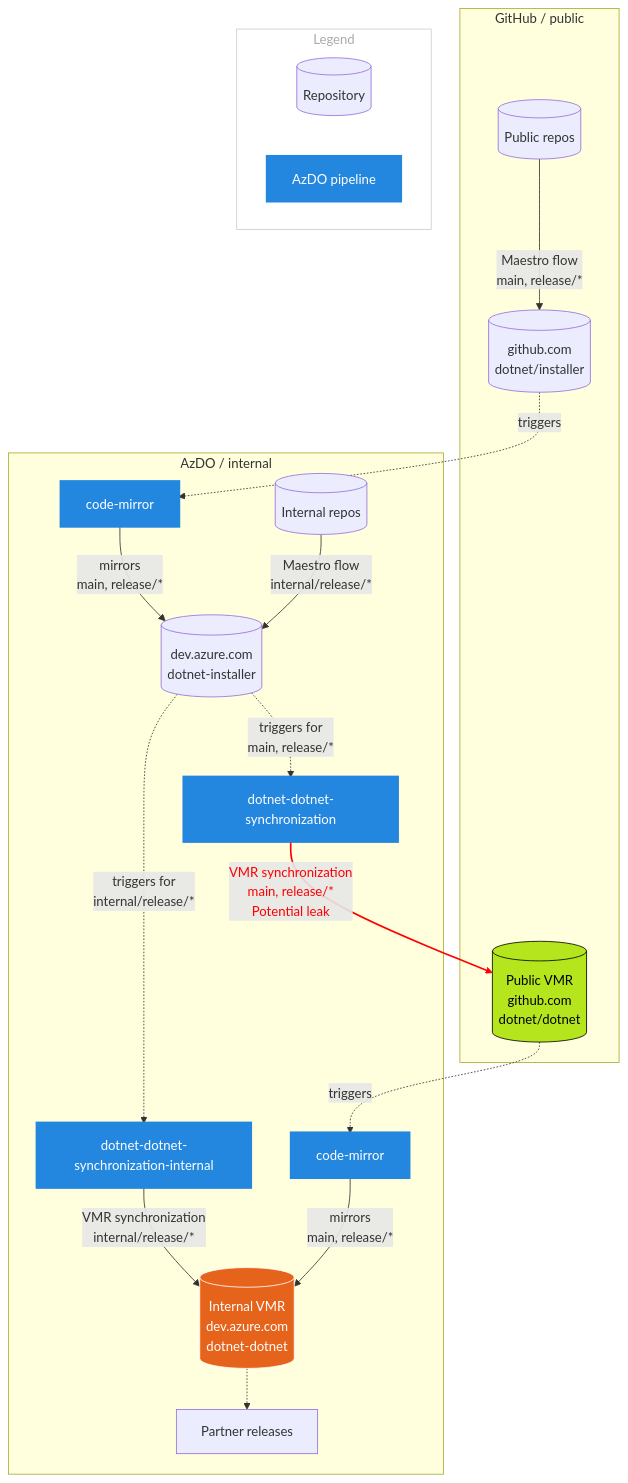
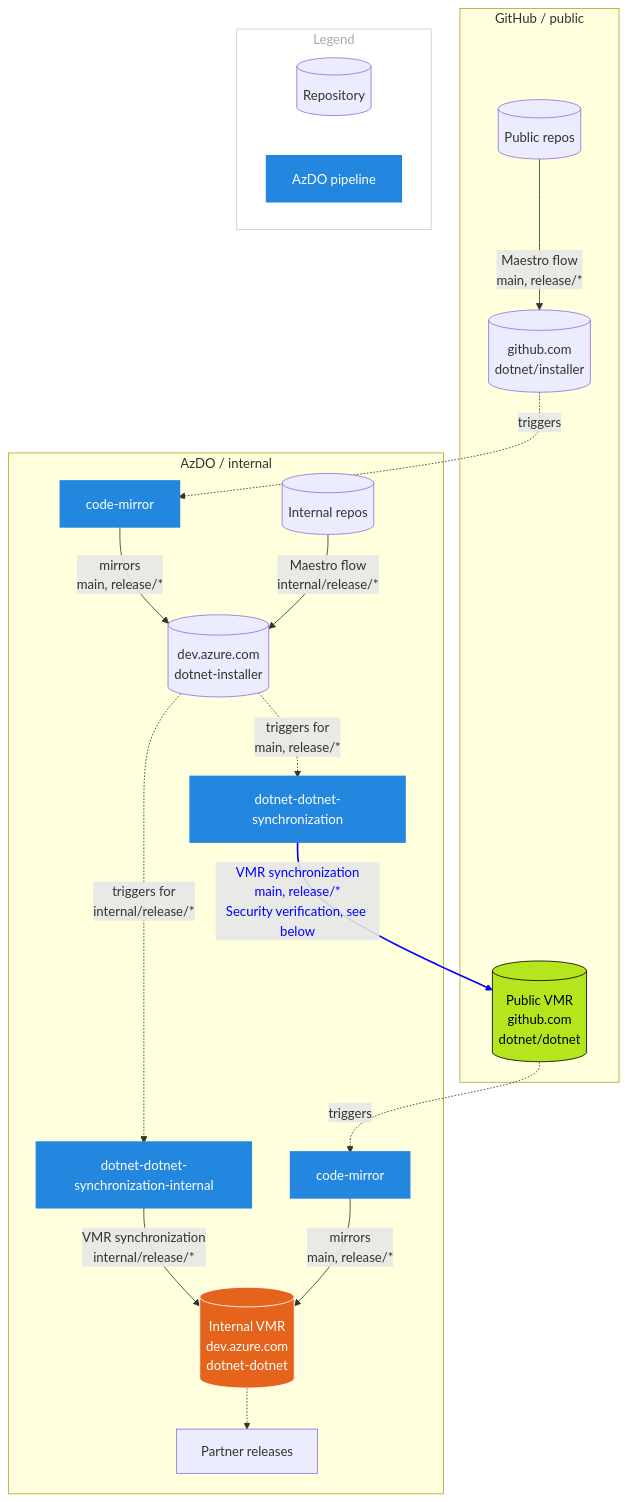
Before and after one commit to dotnet/arcade: the fifth of 5 diagrams in Documentation/UnifiedBuild/VMR-Code-And-Build-Workflow.md, drawn with Mermaid.

Commit message:
Leak -> Security verification

````diff
--- a/Documentation/UnifiedBuild/VMR-Code-And-Build-Workflow.md
+++ b/Documentation/UnifiedBuild/VMR-Code-And-Build-Workflow.md
@@ -209,49 +209,49 @@
 ```mermaid
 flowchart TD
 
     subgraph GitHub / public
         PublicRepos[(Public repos)]
         PublicInstaller[(github.com\ndotnet/installer)]
         PublicVMR[(Public VMR\ngithub.com\ndotnet/dotnet)]
         PublicRepos-- Maestro flow\nmain, release/* -->PublicInstaller
     end
 
     subgraph Legend
         LegendRepo[(Repository)]
         LegendPipeline[AzDO pipeline]
     end
 
     PublicInstaller-.triggers.->CodeMirror
     PublicVMR-.triggers.->CodeMirror2
 
     subgraph AzDO / internal
         InternalRepos[(Internal repos)]
         InternalInstaller[(dev.azure.com\ndotnet-installer)]
         InternalVMR[(Internal VMR\ndev.azure.com\ndotnet-dotnet)]
         CodeMirror[code-mirror]
         CodeMirror2[code-mirror]
         VmrSync[dotnet-dotnet-synchronization]
         VmrSyncInternal[dotnet-dotnet-synchronization-internal]
         Releases[Partner releases]
 
         CodeMirror-- mirrors\nmain, release/* -->InternalInstaller
         InternalRepos-- Maestro flow\ninternal/release/* -->InternalInstaller
         InternalInstaller-.triggers for\nmain, release/*.->VmrSync
         InternalInstaller-.triggers for\ninternal/release/*.->VmrSyncInternal
         VmrSyncInternal-- VMR synchronization\ninternal/release/* -->InternalVMR
-        VmrSync-- VMR synchronization\nmain, release/*\nPotential leak -->PublicVMR
+        VmrSync-- VMR synchronization\nmain, release/*\nSecurity verification, see below -->PublicVMR
         CodeMirror2-- mirrors\nmain, release/* -->InternalVMR
         InternalVMR-.->Releases
     end
 
     class CodeMirror,CodeMirror2,VmrSync,VmrSyncInternal,LegendPipeline Build;
     class PublicVMR PublicVMR_;
     class InternalVMR InternalVMR_;
     class Legend LegendStyle;
 
     classDef Build fill:#2487DF,stroke:#2487DF,stroke-width:4px,color:#fff;
     classDef PublicVMR_ fill:#B5E61D,stroke:#000,color:#000;
     classDef InternalVMR_ fill:#E6631C,stroke:#fff,color:#fff;
     classDef LegendStyle fill:#fff,stroke:#ccc,color:#aaa;
-    linkStyle 8 stroke-width:2px,fill:none,stroke:red,color:red;
+    linkStyle 8 stroke-width:2px,fill:none,stroke:blue,color:blue;
 ```
````
